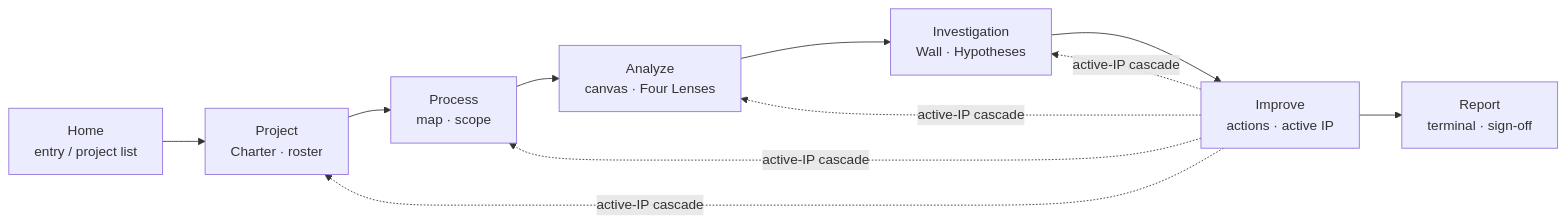
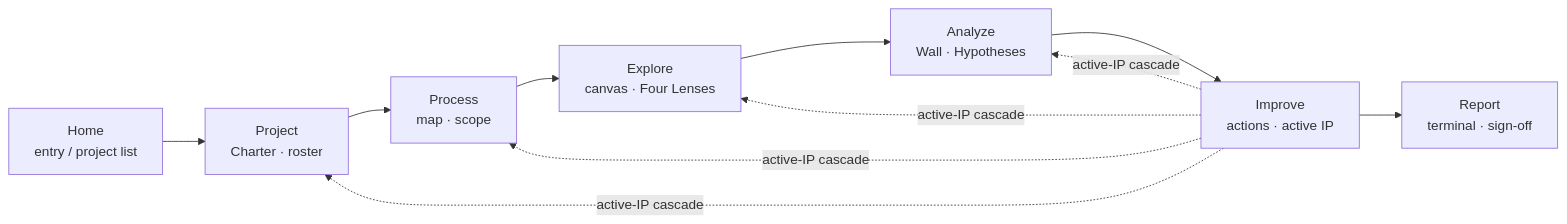
One commit to jukka-matti/variscout changed the diagram in docs/02-journeys/ia-nav-model.md. Above: the diagram before and after it, drawn with Mermaid. The commit also changed other lines of this file and 18 other files, not shown here.

````diff
--- a/docs/02-journeys/ia-nav-model.md
+++ b/docs/02-journeys/ia-nav-model.md
@@ -17,22 +17,22 @@
 ```mermaid
 flowchart LR
     Home[Home<br/>entry / project list]
     Project[Project<br/>Charter · roster]
     Process[Process<br/>map · scope]
-    Analyze[Analyze<br/>canvas · Four Lenses]
-    Investigation[Investigation<br/>Wall · Hypotheses]
+    Explore[Explore<br/>canvas · Four Lenses]
+    Analyze[Analyze<br/>Wall · Hypotheses]
     Improve[Improve<br/>actions · active IP]
     Report[Report<br/>terminal · sign-off]
 
     Home --> Project
     Project --> Process
-    Process --> Analyze
-    Analyze --> Investigation
-    Investigation --> Improve
+    Process --> Explore
+    Explore --> Analyze
+    Analyze --> Improve
     Improve --> Report
 
     Improve -. active-IP cascade .-> Project
     Improve -. active-IP cascade .-> Process
+    Improve -. active-IP cascade .-> Explore
     Improve -. active-IP cascade .-> Analyze
-    Improve -. active-IP cascade .-> Investigation
 ```
````
